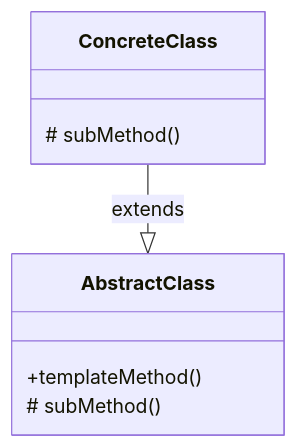
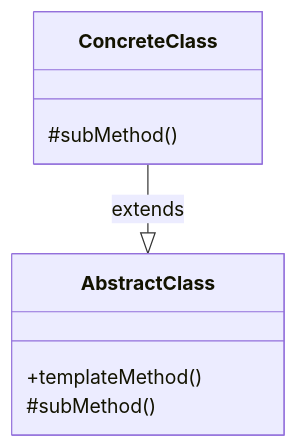
Before and after one commit to EliFuzz/tech-labs: diagram 22 of 23 in docs/education/03-design-patterns/05-gof.mdx, drawn with Mermaid. The commit also changed other lines of this file and 2 other files, not shown here.

````diff
--- a/docs/education/03-design-patterns/05-gof.mdx
+++ b/docs/education/03-design-patterns/05-gof.mdx
@@ -668,13 +779,14 @@
           ```mermaid
           classDiagram
           direction TB
+
           class AbstractClass {
-          +templateMethod()
-          # subMethod()
-        }
+            +templateMethod()
+            #subMethod()
+          }
           class ConcreteClass {
-          # subMethod()
-        }
+            #subMethod()
+          }
 
           ConcreteClass --|> AbstractClass : extends
           ```
````
